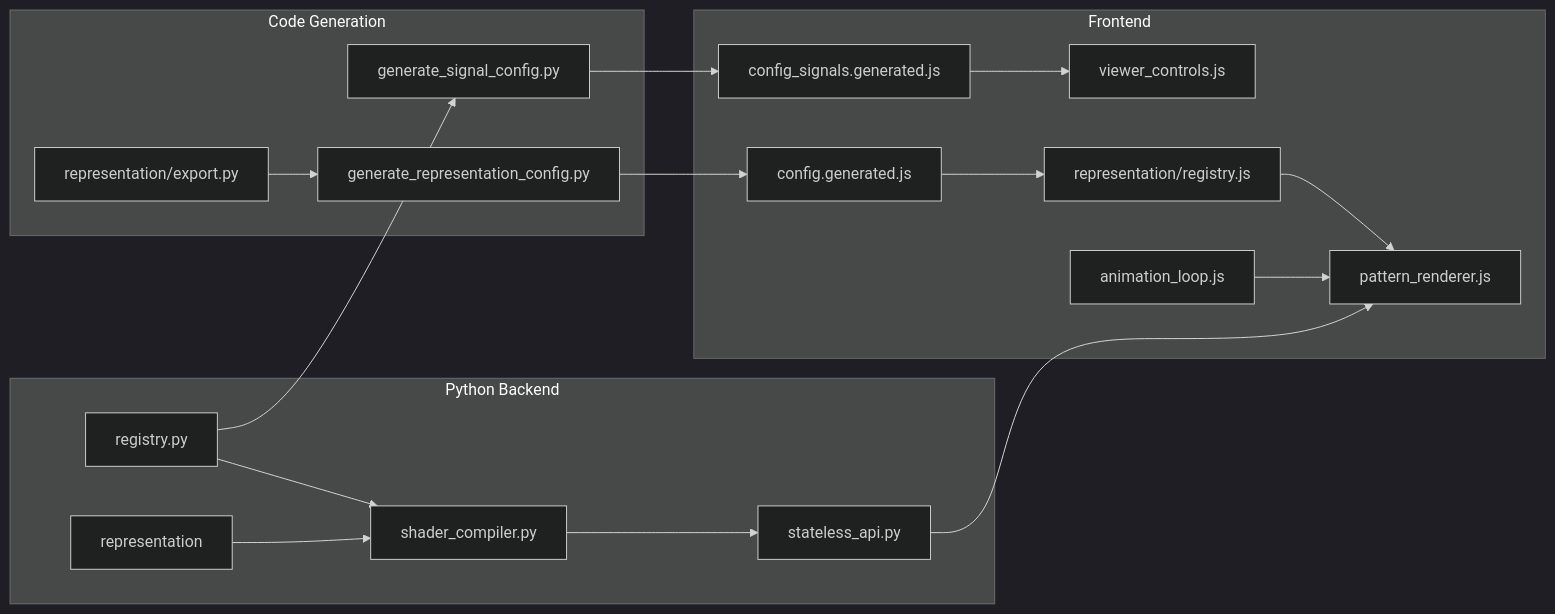
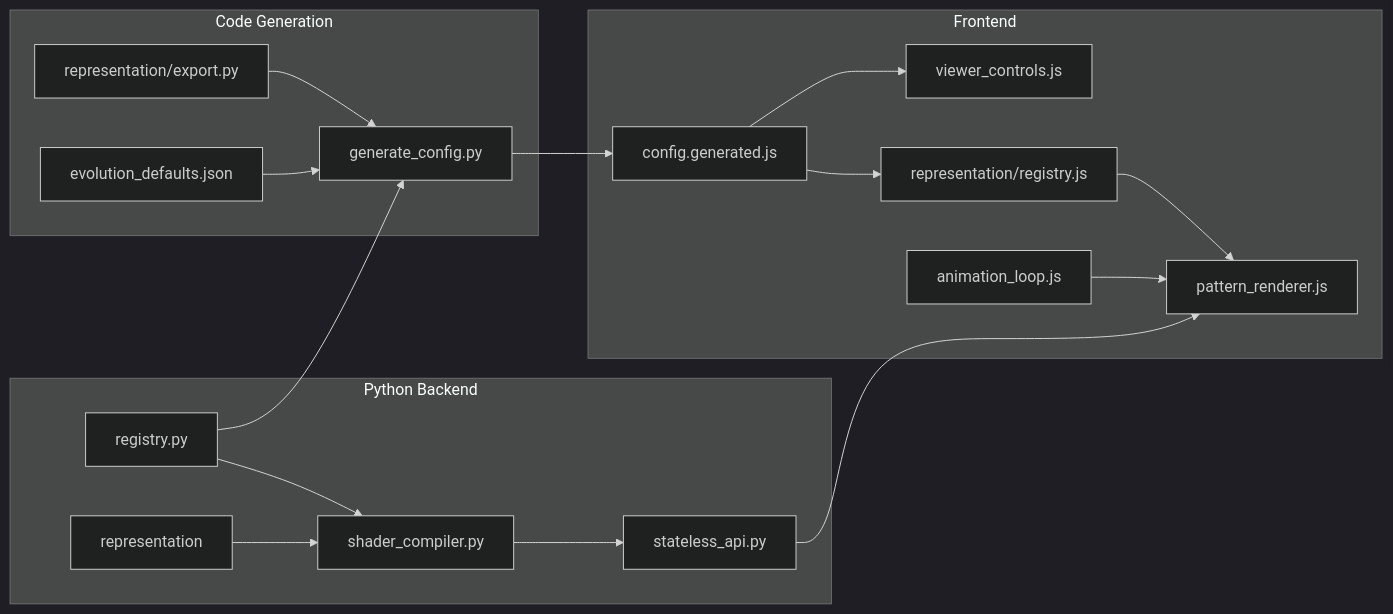
One commit to KeithPatarroyo/eyecatcher changed the diagram in RESEARCHER_GUIDE.md. Above: the diagram before and after it, drawn with Mermaid (dark theme). The commit also changed other lines of this file and 17 other files, not shown here.

First line of the commit message:
feat(codegen): consolidate to generate_config.py, single config.generated.js; fix adapter wording

````diff
--- a/RESEARCHER_GUIDE.md
+++ b/RESEARCHER_GUIDE.md
@@ -51,24 +51,24 @@
 ```mermaid
 flowchart LR
     subgraph python [Python Backend]
         Signals[registry.py] --> ShaderCompiler[shader_compiler.py]
         Rep[representation]
         Rep --> ShaderCompiler
         ShaderCompiler --> API[stateless_api.py]
     end
 
     subgraph codegen [Code Generation]
-        Signals --> GenSignals[generate_signal_config.py]
-        RepExport[representation/export.py] --> GenRep[generate_representation_config.py]
+        Signals --> GenConfig[generate_config.py]
+        RepExport[representation/export.py] --> GenConfig
+        Defaults[evolution_defaults.json] --> GenConfig
     end
 
     subgraph frontend [Frontend]
-        GenSignals --> EvConfig[config_signals.generated.js]
-        GenRep --> SubConfig[config.generated.js]
-        EvConfig --> ViewerControls[viewer_controls.js]
-        SubConfig --> AdapterRegistry[representation/registry.js]
-        AdapterRegistry --> PatternRenderer[pattern_renderer.js]
+        GenConfig --> Unified[config.generated.js]
+        Unified --> ViewerControls[viewer_controls.js]
+        Unified --> Registry[representation/registry.js]
+        Registry --> PatternRenderer[pattern_renderer.js]
         AnimLoop[animation_loop.js] --> PatternRenderer
         API --> PatternRenderer
     end
 ```
````
